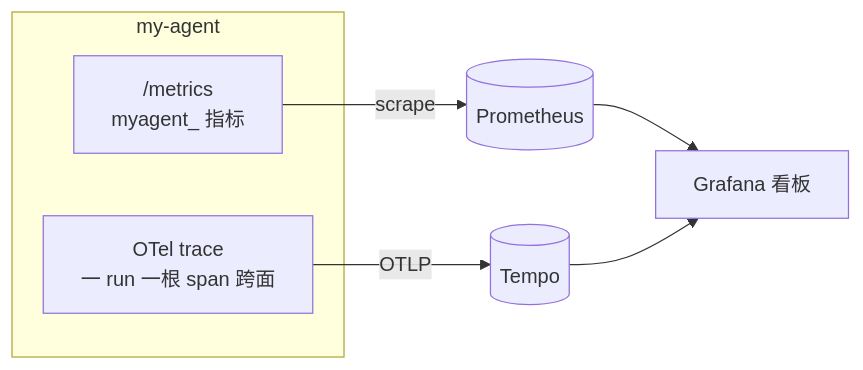
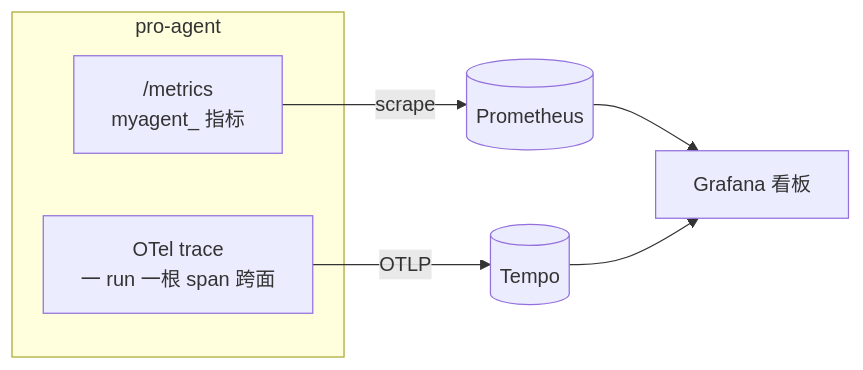
One commit to yrris/pro-agent changed the sixth of 6 diagrams in README.md. Above: the diagram before and after it, drawn with Mermaid. The commit also changed other lines of this file, not shown here.

````diff
--- a/README.md
+++ b/README.md
@@ -241,11 +266,11 @@
 ```mermaid
 flowchart LR
-    subgraph app["my-agent"]
+    subgraph app["pro-agent"]
         M["/metrics<br/>myagent_ 指标"]
         T["OTel trace<br/>一 run 一根 span 跨面"]
     end
     M -->|scrape| PROM[(Prometheus)]
     T -->|OTLP| TEMPO[(Tempo)]
     PROM --> GRAF[Grafana 看板]
     TEMPO --> GRAF
 ```
````
